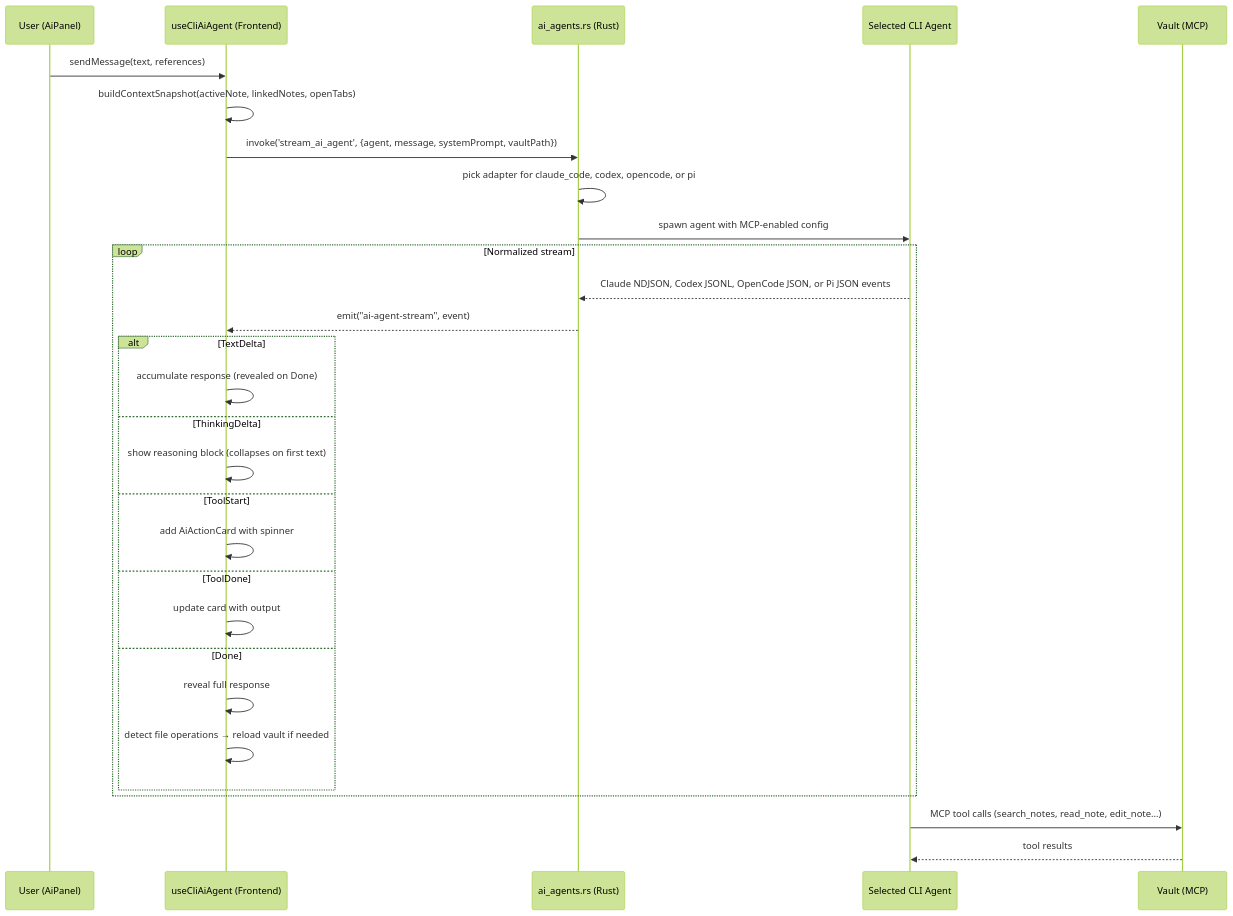
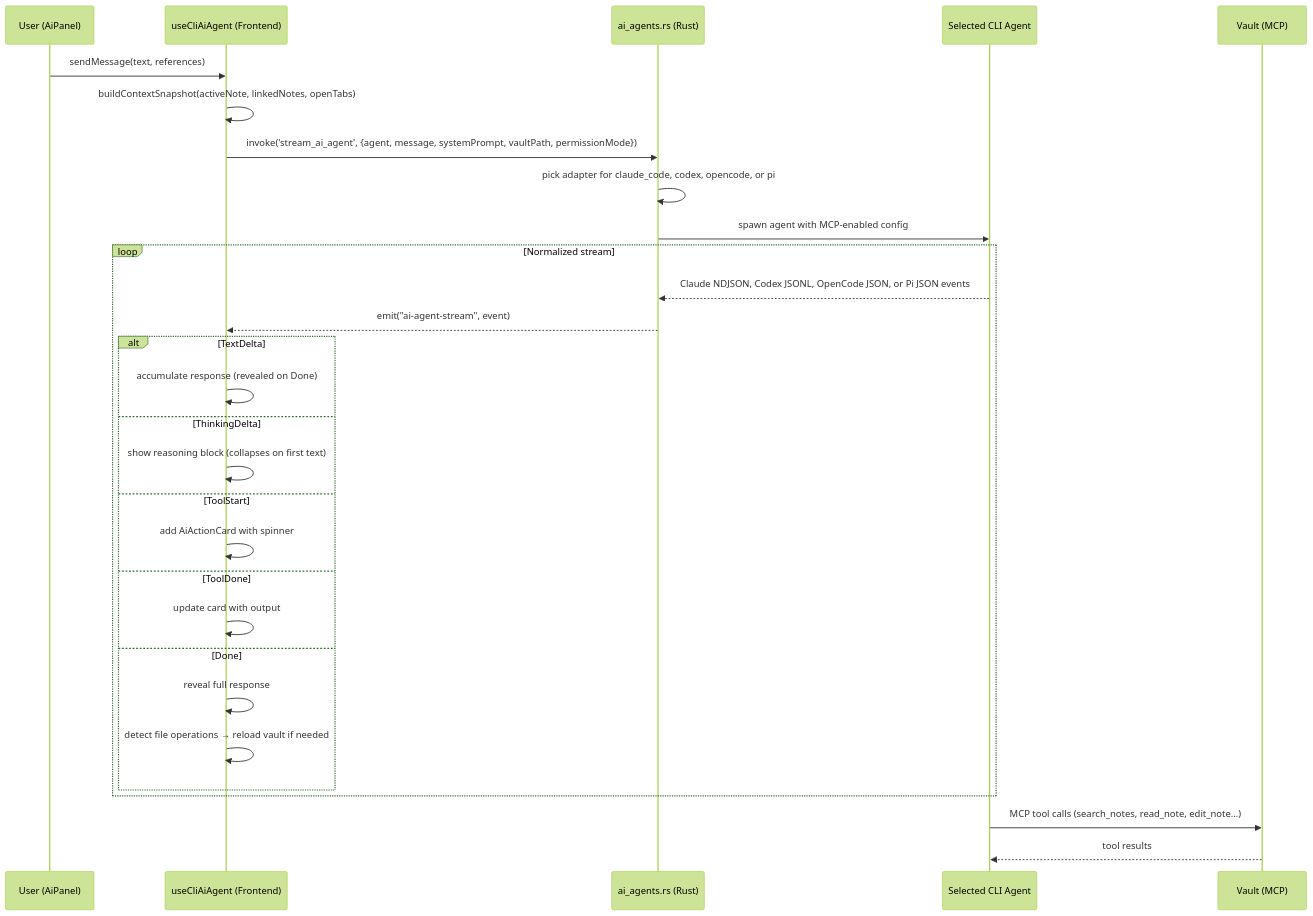
Before and after one commit to aimeritething/Fuwa: the third of 10 diagrams in docs/ARCHITECTURE.md, drawn with Mermaid (forest theme). The commit also changed other lines of this file and 30 other files, not shown here.

Commit message:
feat: add vault ai agent permission modes

````diff
--- a/docs/ARCHITECTURE.md
+++ b/docs/ARCHITECTURE.md
@@ -236,34 +236,34 @@
 ```mermaid
 sequenceDiagram
     participant U as User (AiPanel)
     participant FE as useCliAiAgent (Frontend)
     participant R as ai_agents.rs (Rust)
     participant C as Selected CLI Agent
     participant V as Vault (MCP)
 
     U->>FE: sendMessage(text, references)
     FE->>FE: buildContextSnapshot(activeNote, linkedNotes, openTabs)
-    FE->>R: invoke('stream_ai_agent', {agent, message, systemPrompt, vaultPath})
+    FE->>R: invoke('stream_ai_agent', {agent, message, systemPrompt, vaultPath, permissionMode})
     R->>R: pick adapter for claude_code, codex, opencode, or pi
     R->>C: spawn agent with MCP-enabled config
 
     loop Normalized stream
         C-->>R: Claude NDJSON, Codex JSONL, OpenCode JSON, or Pi JSON events
         R-->>FE: emit("ai-agent-stream", event)
         alt TextDelta
             FE->>FE: accumulate response (revealed on Done)
         else ThinkingDelta
             FE->>FE: show reasoning block (collapses on first text)
         else ToolStart
             FE->>FE: add AiActionCard with spinner
         else ToolDone
             FE->>FE: update card with output
         else Done
             FE->>FE: reveal full response
             FE->>FE: detect file operations → reload vault if needed
         end
     end
 
     C->>V: MCP tool calls (search_notes, read_note, edit_note…)
     V-->>C: tool results
 ```
````
